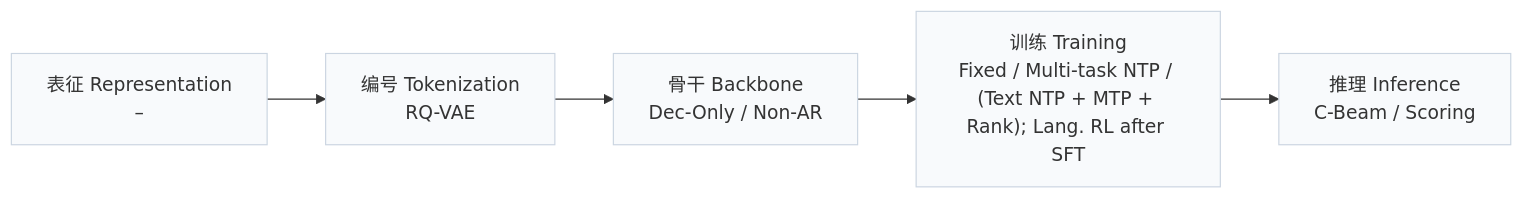
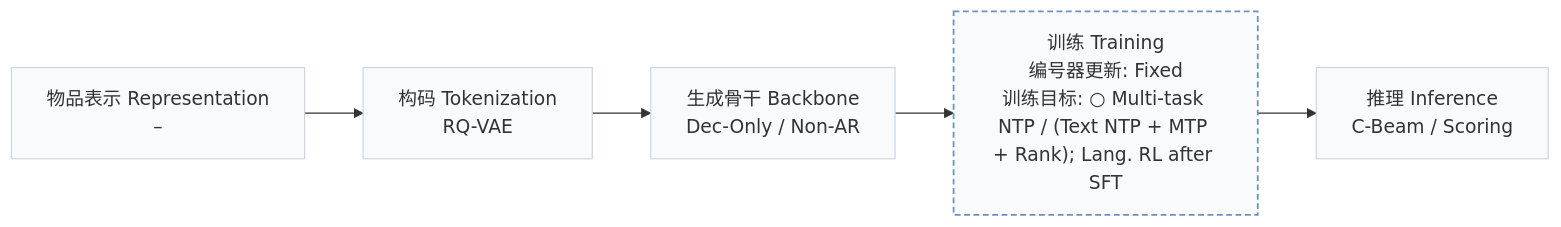
One commit to Galaxy-ghost/Awesome-SID-Generative-Rec changed the first of 2 diagrams in pages/zh/papers/netflix-sid-comparison.md. Above: the diagram before and after it, drawn with Mermaid. The commit also changed other lines of this file and 558 other files, not shown here.

````diff
--- a/pages/zh/papers/netflix-sid-comparison.md
+++ b/pages/zh/papers/netflix-sid-comparison.md
@@ -15,6 +19,8 @@
 ```mermaid
 flowchart LR
-    R["表征 Representation<br/>–"] --> T["编号 Tokenization<br/>RQ-VAE"] --> B["骨干 Backbone<br/>Dec-Only / Non-AR"] --> TR["训练 Training<br/>Fixed / Multi-task NTP / (Text NTP + MTP + Rank); Lang. RL after SFT"] --> I["推理 Inference<br/>C-Beam / Scoring"]
+    R["物品表示 Representation<br/>–"] --> T["构码 Tokenization<br/>RQ-VAE"] --> B["生成骨干 Backbone<br/>Dec-Only / Non-AR"] --> TR["训练 Training<br/>编号器更新: Fixed<br/>训练目标: ○ Multi-task NTP / (Text NTP + MTP + Rank); Lang. RL after SFT"] --> I["推理 Inference<br/>C-Beam / Scoring"]
     classDef base fill:#f8fafc,stroke:#cbd5e1
     class R,T,B,TR,I base
+    classDef other fill:#f8fafc,stroke:#6b8fc7,stroke-width:1.5px,stroke-dasharray:5 3
+    class TR other
 ```
````
